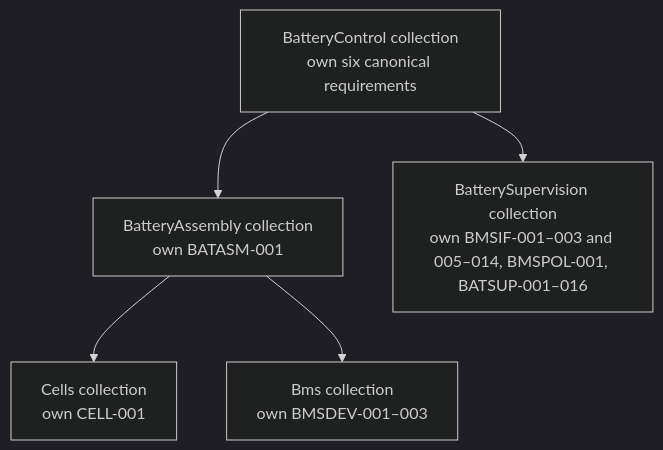
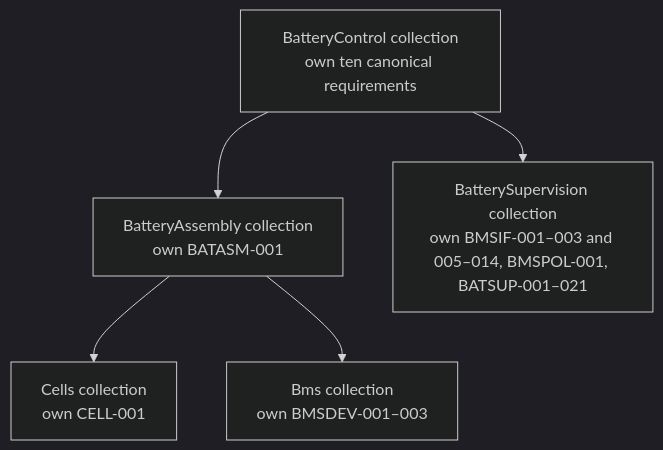
Before and after one commit to dhellhake/X2CityMCU: the second of 2 diagrams in .devenv/Architecture/SystemArchitecture/Modelling/BatteryControl/README.md, drawn with Mermaid (dark theme). The commit also changed other lines of this file and 43 other files, not shown here.

````diff
--- a/.devenv/Architecture/SystemArchitecture/Modelling/BatteryControl/README.md
+++ b/.devenv/Architecture/SystemArchitecture/Modelling/BatteryControl/README.md
@@ -45,7 +45,7 @@
 ```mermaid
 flowchart TB
-  BC[BatteryControl collection<br/>own six canonical requirements] --> BA[BatteryAssembly collection<br/>own BATASM-001]
-  BC --> BS[BatterySupervision collection<br/>own BMSIF-001–003 and 005–014, BMSPOL-001, BATSUP-001–016]
+  BC[BatteryControl collection<br/>own ten canonical requirements] --> BA[BatteryAssembly collection<br/>own BATASM-001]
+  BC --> BS[BatterySupervision collection<br/>own BMSIF-001–003 and 005–014, BMSPOL-001, BATSUP-001–021]
   BA --> Cells[Cells collection<br/>own CELL-001]
   BA --> Bms[Bms collection<br/>own BMSDEV-001–003]
 ```
````
